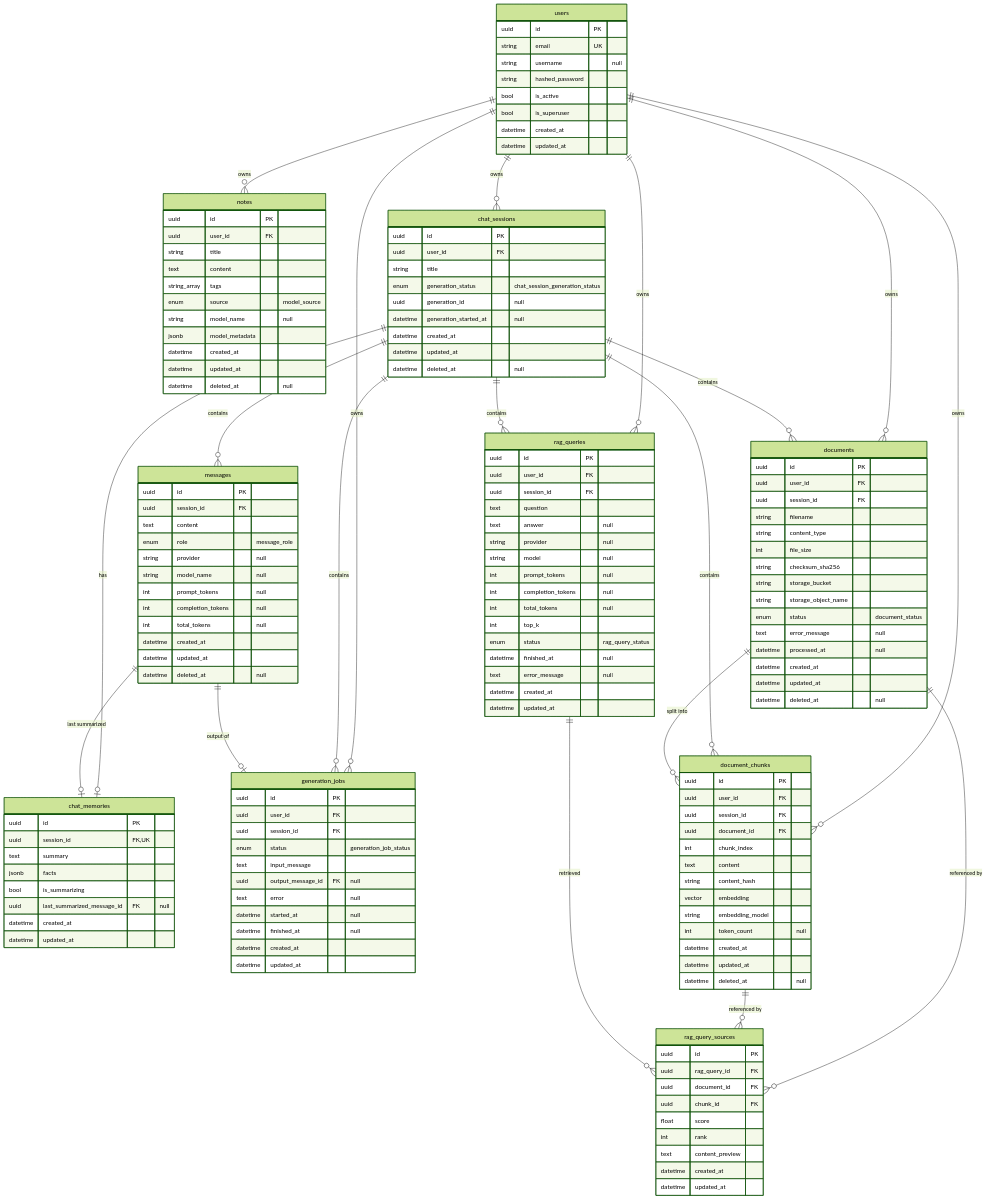
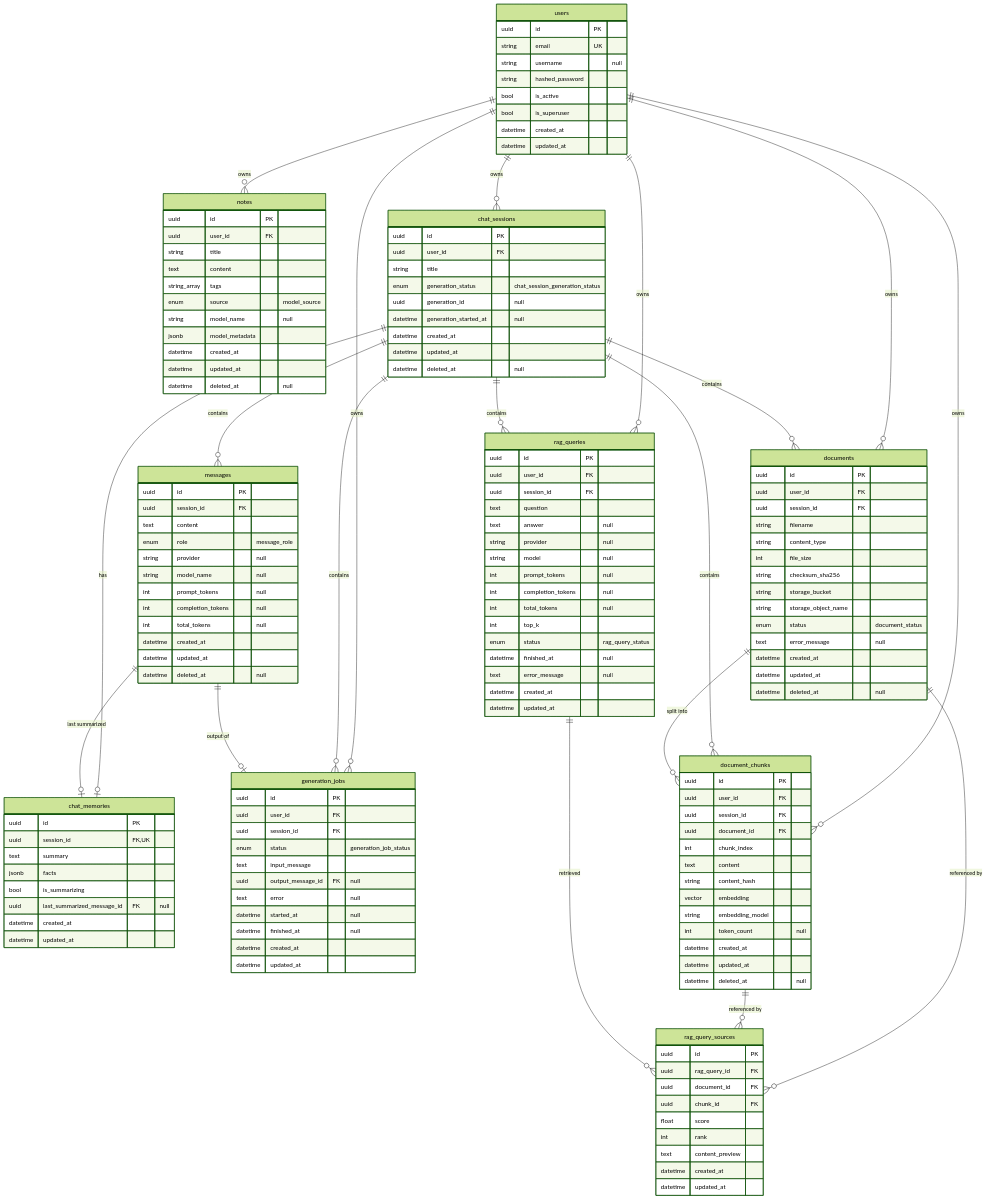
One commit to NKTKLN/ai-notes-api changed the diagram in README.md. Above: the diagram before and after it, drawn with Mermaid (forest theme).

Commit message:
docs(readme): update erd

```diff
--- a/README.md
+++ b/README.md
@@ -266,7 +266,6 @@
         string storage_object_name
         enum status "document_status"
         text error_message "null"
-        datetime processed_at "null"
         datetime created_at
         datetime updated_at
         datetime deleted_at "null"
```
